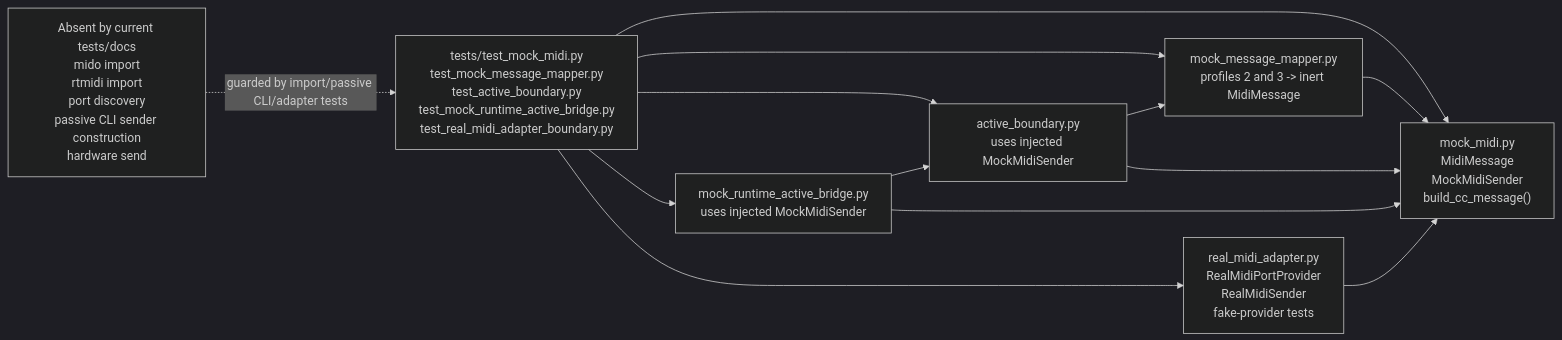
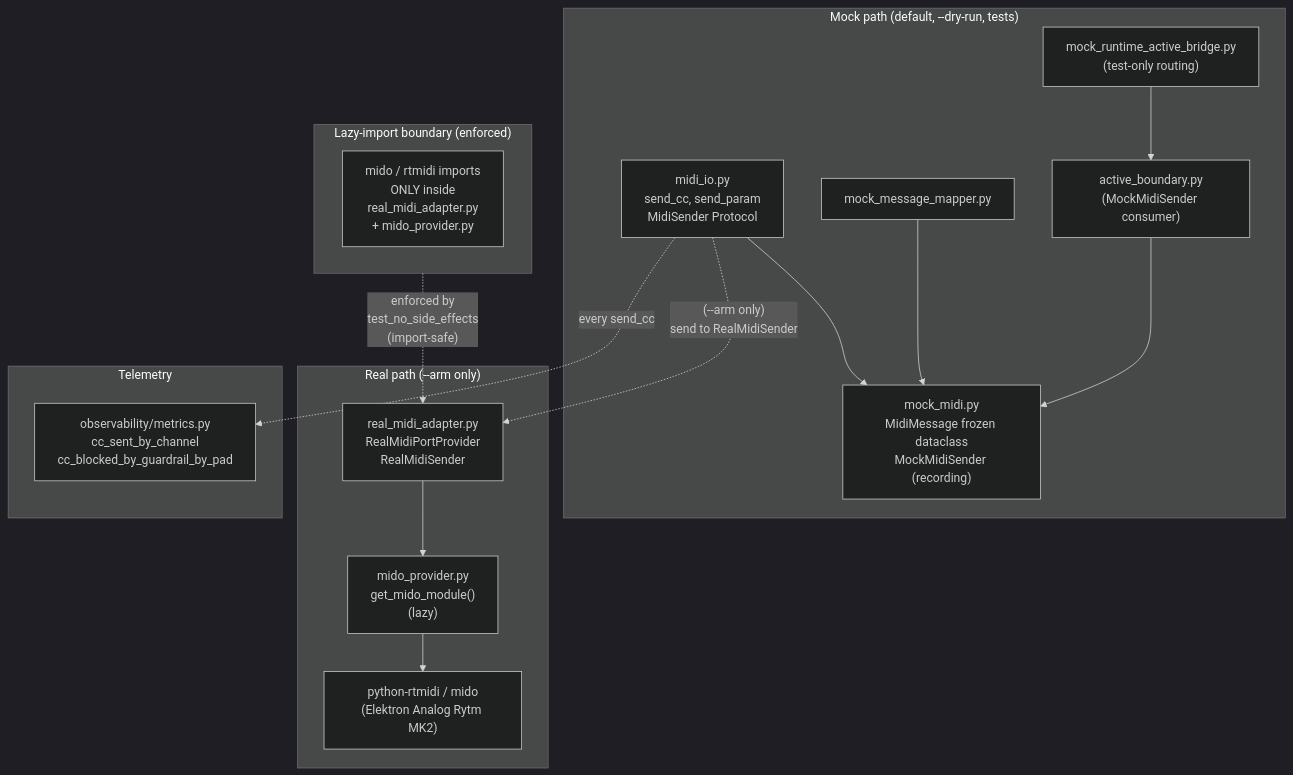
Diagram 15 of 26 in docs/ARCHITECTURE_DIAGRAMS.md (buzzijose-hub/RytmRandomizer), drawn with Mermaid (dark theme) before and after one commit. The commit also changed other lines of this file and 3 other files, not shown here.

First line of the commit message:
docs: add 26 mermaid diagrams + AGENTS.md + refresh ARCHITECTURE.md cross-links

````diff
--- a/docs/ARCHITECTURE_DIAGRAMS.md
+++ b/docs/ARCHITECTURE_DIAGRAMS.md
@@ -390,24 +945,37 @@
 ```mermaid
-flowchart LR
-    MockMidi["mock_midi.py\nMidiMessage\nMockMidiSender\nbuild_cc_message()"]
-    MockMapper["mock_message_mapper.py\nprofiles 2 and 3 -> inert MidiMessage"]
-    ActiveBoundary["active_boundary.py\nuses injected MockMidiSender"]
-    MockBridge["mock_runtime_active_bridge.py\nuses injected MockMidiSender"]
-    RealAdapter["real_midi_adapter.py\nRealMidiPortProvider\nRealMidiSender\nfake-provider tests"]
-    Tests["tests/test_mock_midi.py\ntest_mock_message_mapper.py\ntest_active_boundary.py\ntest_mock_runtime_active_bridge.py\ntest_real_midi_adapter_boundary.py"]
-    Forbidden["Absent by current tests/docs\nmido import\nrtmidi import\nport discovery\npassive CLI sender construction\nhardware send"]
+flowchart TB
+    subgraph Lazy["Lazy-import boundary (enforced)"]
+        MidoLazy["mido / rtmidi imports<br/>ONLY inside<br/>real_midi_adapter.py<br/>+ mido_provider.py"]
+    end
 
+    subgraph MockPath["Mock path (default, --dry-run, tests)"]
+        MidiIO["midi_io.py<br/>send_cc, send_param<br/>MidiSender Protocol"]
+        MockMidi["mock_midi.py<br/>MidiMessage frozen dataclass<br/>MockMidiSender (recording)"]
+        MockMapper["mock_message_mapper.py"]
+        ActiveBoundary["active_boundary.py<br/>(MockMidiSender consumer)"]
+        MockBridge["mock_runtime_active_bridge.py<br/>(test-only routing)"]
+    end
+
+    subgraph RealPath["Real path (--arm only)"]
+        RealAdapter["real_midi_adapter.py<br/>RealMidiPortProvider<br/>RealMidiSender"]
+        MidoProvider["mido_provider.py<br/>get_mido_module()<br/>(lazy)"]
+        RealHardware["python-rtmidi / mido<br/>(Elektron Analog Rytm MK2)"]
+    end
+
+    subgraph Observability["Telemetry"]
+        Metrics["observability/metrics.py<br/>cc_sent_by_channel<br/>cc_blocked_by_guardrail_by_pad"]
+    end
+
+    MidiIO --> MockMidi
     MockMapper --> MockMidi
-    ActiveBoundary --> MockMapper
     ActiveBoundary --> MockMidi
     MockBridge --> ActiveBoundary
-    MockBridge --> MockMidi
-    RealAdapter --> MockMidi
-    Tests --> MockMidi
-    Tests --> MockMapper
-    Tests --> ActiveBoundary
-    Tests --> MockBridge
-    Tests --> RealAdapter
 
-    Forbidden -.->|"guarded by import/passive CLI/adapter tests"| Tests
+    MidiIO -.->|"(--arm only)<br/>send to RealMidiSender"| RealAdapter
+    RealAdapter --> MidoProvider
+    MidoProvider --> RealHardware
+
+    MidiIO -.->|"every send_cc"| Metrics
+
+    Lazy -.->|"enforced by<br/>test_no_side_effects<br/>(import-safe)"| RealAdapter
 ```
````
